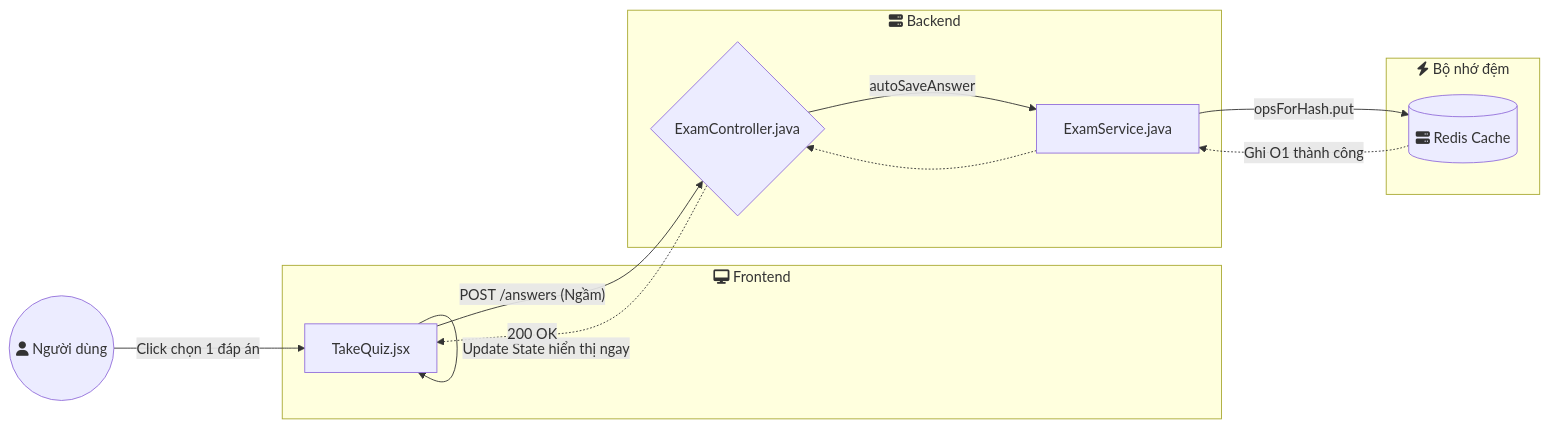
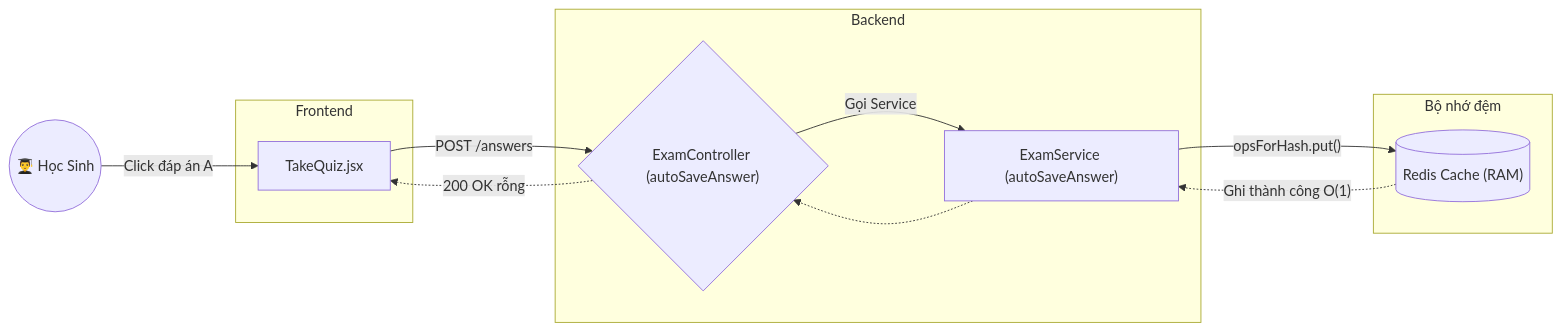
One commit to xuanchau99/study-plan-tracker changed the third of 5 diagrams in FEATURES_FLOW.md. Above: the diagram before and after it, drawn with Mermaid. The commit also changed other lines of this file and 36 other files, not shown here.

````diff
--- a/FEATURES_FLOW.md
+++ b/FEATURES_FLOW.md
@@ -103,26 +92,25 @@
 ```mermaid
 flowchart LR
-    User(("fa:fa-user Người dùng"))
+    User(("👨‍🎓 Học Sinh"))
 
-    subgraph Client ["fa:fa-desktop Frontend"]
+    subgraph Client ["Frontend"]
         UI["TakeQuiz.jsx"]
     end
 
-    subgraph API ["fa:fa-server Backend"]
-        Controller{"ExamController.java"}
-        Service["ExamService.java"]
+    subgraph API ["Backend"]
+        Controller{"ExamController (autoSaveAnswer)"}
+        Service["ExamService (autoSaveAnswer)"]
     end
 
-    subgraph Cache ["fa:fa-bolt Bộ nhớ đệm"]
-        Redis[("fa:fa-server Redis Cache")]
+    subgraph Cache ["Bộ nhớ đệm"]
+        Redis[("Redis Cache (RAM)")]
     end
 
-    User -->|"Click chọn 1 đáp án"| UI
-    UI -->|"Update State hiển thị ngay"| UI
-    UI -->|"POST /answers (Ngầm)"| Controller
-    Controller -->|"autoSaveAnswer"| Service
-    Service -->|"opsForHash.put"| Redis
-    Redis -.->|"Ghi O1 thành công"| Service
+    User -->|"Click đáp án A"| UI
+    UI -->|"POST /answers"| Controller
+    Controller -->|"Gọi Service"| Service
+    Service -->|"opsForHash.put()"| Redis
+    Redis -.->|"Ghi thành công O(1)"| Service
     Service -.-> Controller
-    Controller -.->|"200 OK"| UI
+    Controller -.->|"200 OK rỗng"| UI
 ```
````
